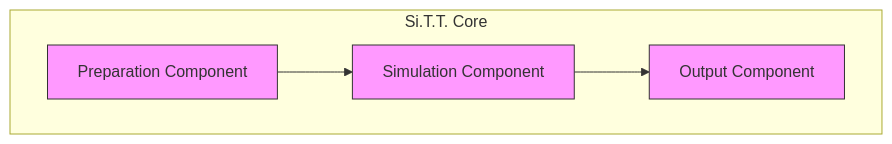
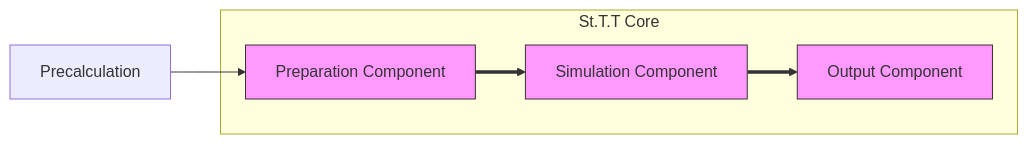
The second of 6 diagrams in readmes/concept.md (Simulation-of-Traffic-and-Transport/SiTT), drawn with Mermaid before and after one commit. The commit also changed other lines of this file and 5 other files, not shown here.

````diff
--- a/readmes/concept.md
+++ b/readmes/concept.md
@@ -40,13 +44,17 @@
 ```mermaid
-flowchart TB
-subgraph "Si.T.T. Core"
-    IN["Preparation Component"]
-    SIM["Simulation Component"]
-    OUT["Output Component"]
-    
-    IN --> SIM --> OUT
+flowchart LR
+PRE["Precalculation"]
+
+PRE --> IN
+
+subgraph CORE ["St.T.T Core"]
+  IN["Preparation Component"]
+  SIM["Simulation Component"]
+  OUT["Output Component"]
+  
+  IN ==> SIM ==> OUT
 end
 
 classDef module fill:#f9f,stroke:#333,color:#333;
 class IN,SIM,OUT module;
 ```
````
